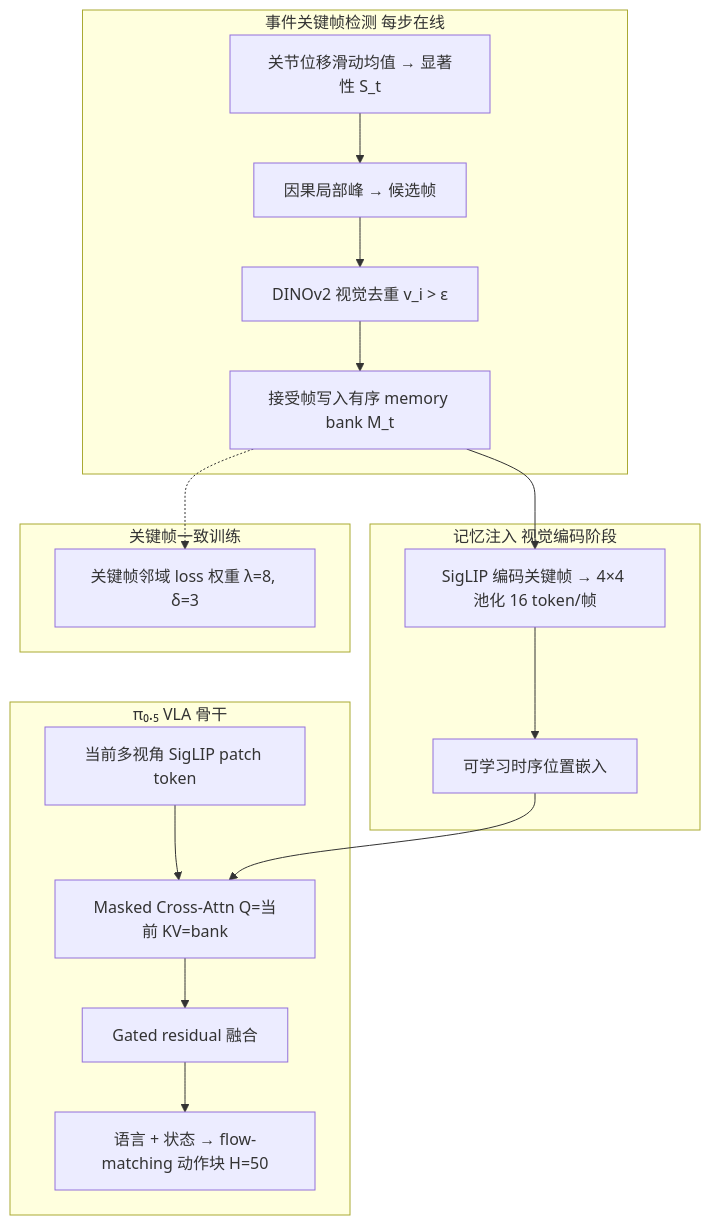
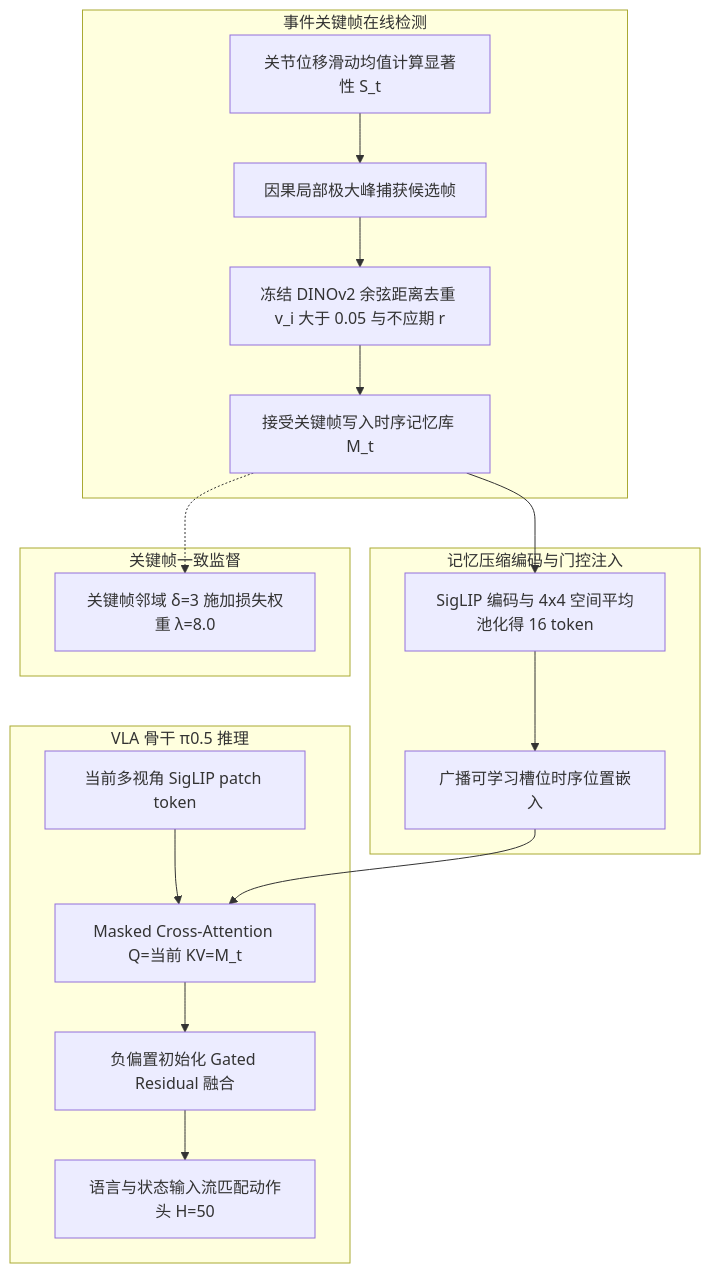
The diagram in wiki/entities/paper-kemo-event-driven-keyframe-memory-vla.md (ImChong/Robotics_Notebooks), drawn with Mermaid before and after one commit. The commit also changed other lines of this file and 73 other files, not shown here.

````diff
--- a/wiki/entities/paper-kemo-event-driven-keyframe-memory-vla.md
+++ b/wiki/entities/paper-kemo-event-driven-keyframe-memory-vla.md
@@ -53,27 +69,28 @@
 ```mermaid
 flowchart TB
-  subgraph detect [事件关键帧检测 每步在线]
-    prop["关节位移滑动均值 → 显著性 S_t"]
-    peak["因果局部峰 → 候选帧"]
-    dino["DINOv2 视觉去重 v_i > ε"]
-    bank["接受帧写入有序 memory bank M_t"]
-    prop --> peak --> dino --> bank
+  subgraph DETECT["事件关键帧在线检测"]
+    PROP["关节位移滑动均值计算显著性 S_t"]
+    PEAK["因果局部极大峰捕获候选帧"]
+    DINO["冻结 DINOv2 余弦距离去重 v_i 大于 0.05 与不应期 r"]
+    BANK["接受关键帧写入时序记忆库 M_t"]
+    PROP --> PEAK --> DINO --> BANK
   end
-  subgraph fuse [记忆注入 视觉编码阶段]
-    sig["SigLIP 编码关键帧 → 4×4 池化 16 token/帧"]
-    pe["可学习时序位置嵌入"]
+  subgraph FUSE["记忆压缩编码与门控注入"]
+    SIG["SigLIP 编码与 4x4 空间平均池化得 16 token"]
+    PE["广播可学习槽位时序位置嵌入"]
+    BANK --> SIG --> PE
   end
-  subgraph policy [π₀.₅ VLA 骨干]
-    cur["当前多视角 SigLIP patch token"]
-    xattn["Masked Cross-Attn Q=当前 KV=bank"]
-    gate["Gated residual 融合"]
-    lm["语言 + 状态 → flow-matching 动作块 H=50"]
-    cur --> xattn
-    bank --> sig --> pe --> xattn
-    xattn --> gate --> lm
+  subgraph POLICY["VLA 骨干 π0.5 推理"]
+    CUR["当前多视角 SigLIP patch token"]
+    XATTN["Masked Cross-Attention Q=当前 KV=M_t"]
+    GATE["负偏置初始化 Gated Residual 融合"]
+    LM["语言与状态输入流匹配动作头 H=50"]
+    CUR --> XATTN
+    PE --> XATTN
+    XATTN --> GATE --> LM
   end
-  subgraph train [关键帧一致训练]
-    w["关键帧邻域 loss 权重 λ=8, δ=3"]
-    bank -.-> w
+  subgraph TRAIN["关键帧一致监督"]
+    LW["关键帧邻域 δ=3 施加损失权重 λ=8.0"]
+    BANK -.-> LW
   end
 ```
````
